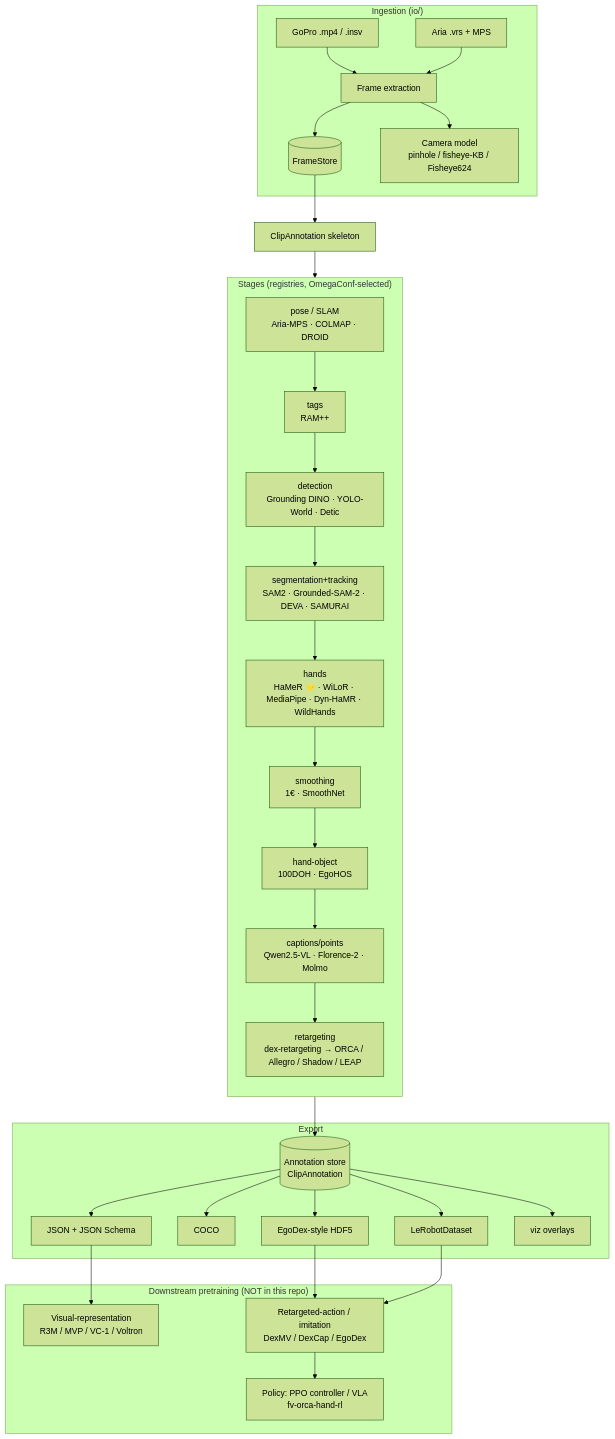
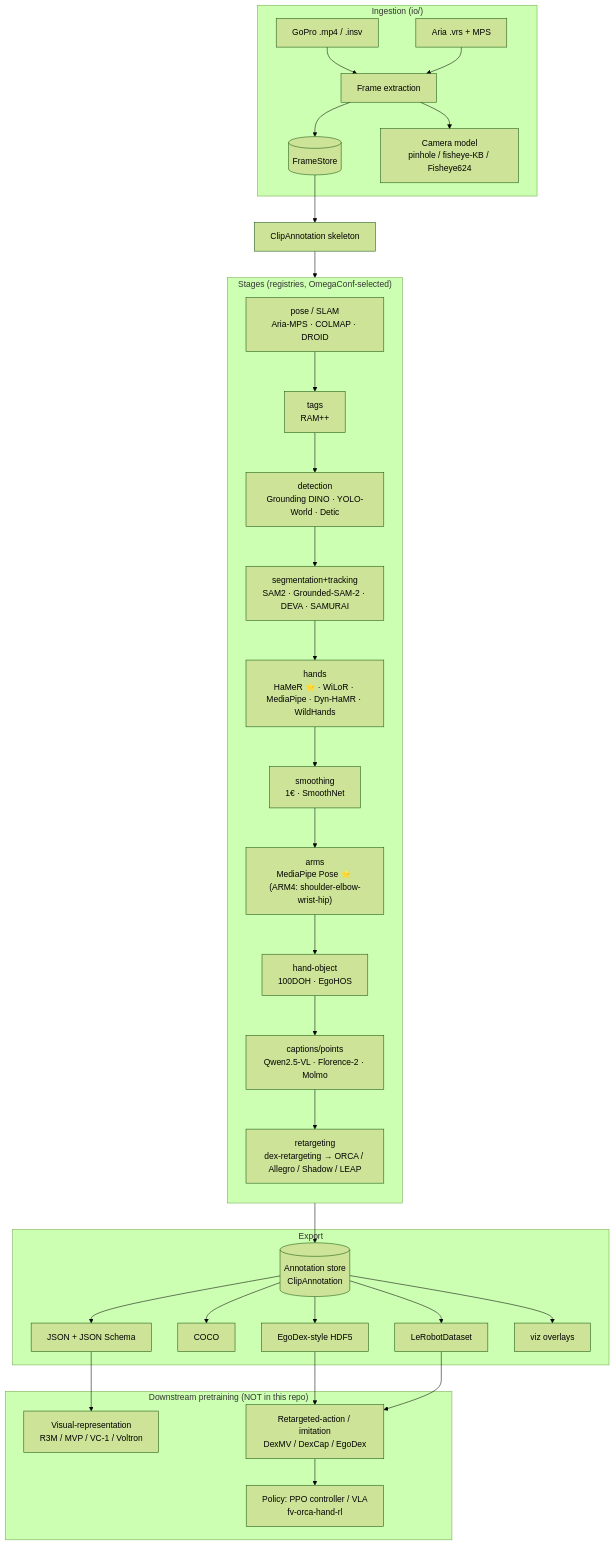
The diagram in docs/diagrams/pipeline.md (LimbusSpace/ego2dex), drawn with Mermaid (forest theme) before and after one commit. The commit also changed 36 other files, not shown here.

First line of the commit message:
feat: add arms stage family with MediaPipe Pose ARM4 joints

````diff
--- a/docs/diagrams/pipeline.md
+++ b/docs/diagrams/pipeline.md
@@ -3,42 +3,43 @@
 ```mermaid
 flowchart TD
     subgraph INGEST["Ingestion (io/)"]
         V[GoPro .mp4 / .insv] --> F[Frame extraction]
         A[Aria .vrs + MPS] --> F
         F --> FS[(FrameStore)]
         F --> CAM[Camera model<br/>pinhole / fisheye-KB / Fisheye624]
     end
 
     FS --> CLIP[ClipAnnotation skeleton]
 
     subgraph STAGES["Stages (registries, OmegaConf-selected)"]
         direction TB
         POSE["pose / SLAM<br/>Aria-MPS · COLMAP · DROID"] --> TAGS
         TAGS["tags<br/>RAM++"] --> DET
         DET["detection<br/>Grounding DINO · YOLO-World · Detic"] --> SEG
         SEG["segmentation+tracking<br/>SAM2 · Grounded-SAM-2 · DEVA · SAMURAI"] --> HANDS
         HANDS["hands<br/>HaMeR ⭐ · WiLoR · MediaPipe · Dyn-HaMR · WildHands"] --> SMOOTH
-        SMOOTH["smoothing<br/>1€ · SmoothNet"] --> HOI
+        SMOOTH["smoothing<br/>1€ · SmoothNet"] --> ARMS
+        ARMS["arms<br/>MediaPipe Pose ⭐ (ARM4: shoulder-elbow-wrist-hip)"] --> HOI
         HOI["hand-object<br/>100DOH · EgoHOS"] --> CAP
         CAP["captions/points<br/>Qwen2.5-VL · Florence-2 · Molmo"] --> RET
         RET["retargeting<br/>dex-retargeting → ORCA / Allegro / Shadow / LEAP"]
     end
 
     CLIP --> POSE
     RET --> STORE[(Annotation store<br/>ClipAnnotation)]
 
     subgraph EXPORT["Export"]
         STORE --> J[JSON + JSON Schema]
         STORE --> C[COCO]
         STORE --> H[EgoDex-style HDF5]
         STORE --> L[LeRobotDataset]
         STORE --> Z[viz overlays]
     end
 
     subgraph PRETRAIN["Downstream pretraining (NOT in this repo)"]
         J --> VR[Visual-representation<br/>R3M / MVP / VC-1 / Voltron]
         H --> IM[Retargeted-action / imitation<br/>DexMV / DexCap / EgoDex]
         L --> IM
         IM --> POL[Policy: PPO controller / VLA<br/>fv-orca-hand-rl]
     end
 ```
````
